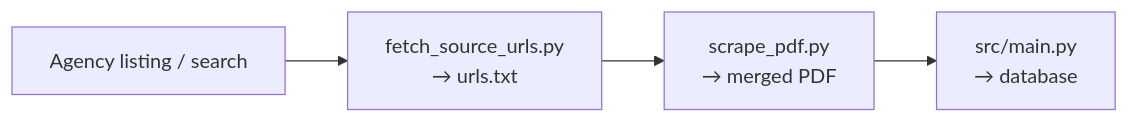
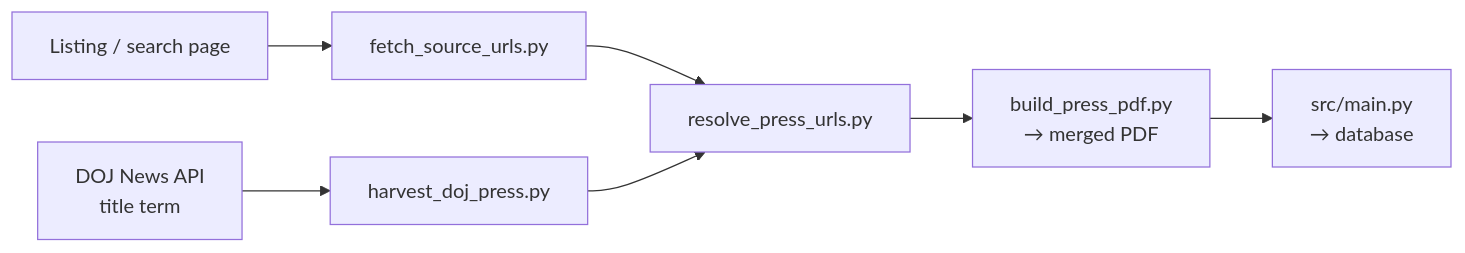
The diagram in README.md (mrinaalr/CaseLinker), drawn with Mermaid before and after one commit. The commit also changed other lines of this file and 34 other files, not shown here.

````diff
--- a/README.md
+++ b/README.md
@@ -249,6 +202,9 @@
 ```mermaid
 flowchart LR
-  A["Agency listing / search"] --> B["fetch_source_urls.py<br/>→ urls.txt"]
-  B --> C["scrape_pdf.py<br/>→ merged PDF"]
-  C --> D["src/main.py<br/>→ database"]
+  L["Listing / search page"] --> F["fetch_source_urls.py"]
+  F --> R["resolve_press_urls.py"]
+  API["DOJ News API<br/>title term"] --> H["harvest_doj_press.py"]
+  H --> R
+  R --> P["build_press_pdf.py<br/>→ merged PDF"]
+  P --> D["src/main.py<br/>→ database"]
 ```
````
